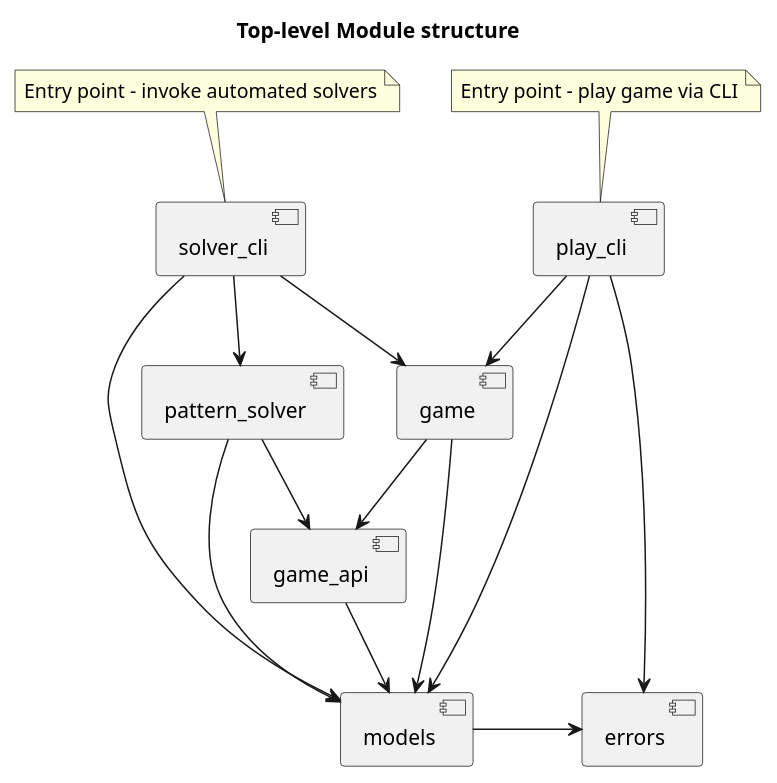
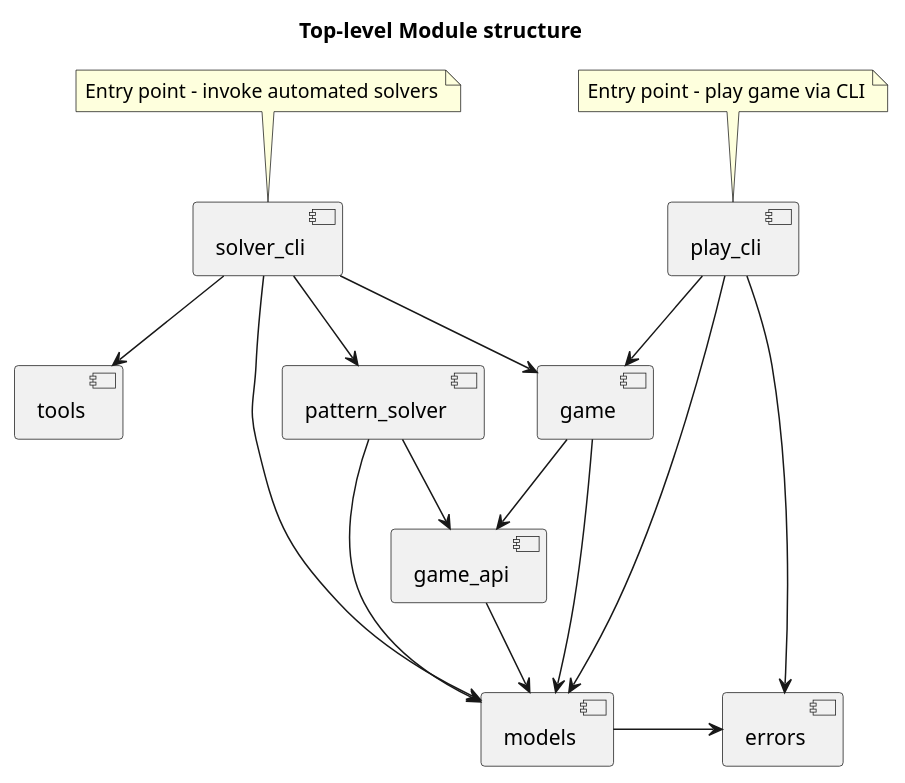
One commit to Samour/wordle changed the diagram in docs/modules.puml. Above: the diagram before and after it, drawn with PlantUML.

Commit message:
Update puml

```diff
--- a/docs/modules.puml
+++ b/docs/modules.puml
@@ -1,40 +1,41 @@
 @startuml
 
 title Top-level Module structure
 
 'Instructions:
 'This codebase is utilizing ports-and-adaptor and DI to ensure code cleanliness & prevent circular
 'dependencies.
 'Each direct child of root module (wordle) is an organisation module. If any component of an organisational
 'module imports another organisational model, record it in this module graph. Ensure that no circular
 'dependencies occur.
 
 'Test module can be disregarded for this purpose
 
 [play_cli] --> [game]
 note top of play_cli
     Entry point - play game via CLI
 end note
 
 [play_cli] --> [models]
 [play_cli] --> [errors]
 
 [solver_cli] --> [pattern_solver]
 note top of solver_cli
     Entry point - invoke automated solvers
 end note
 
 [solver_cli] --> [game]
 [solver_cli] --> [models]
+[solver_cli] --> [tools]
 
 [pattern_solver] --> [models]
 [pattern_solver] --> [game_api]
 
 [game] --> [models]
 [game] --> [game_api]
 
 [game_api] --> [models]
 
 [models] -> [errors]
 
 @enduml
```
